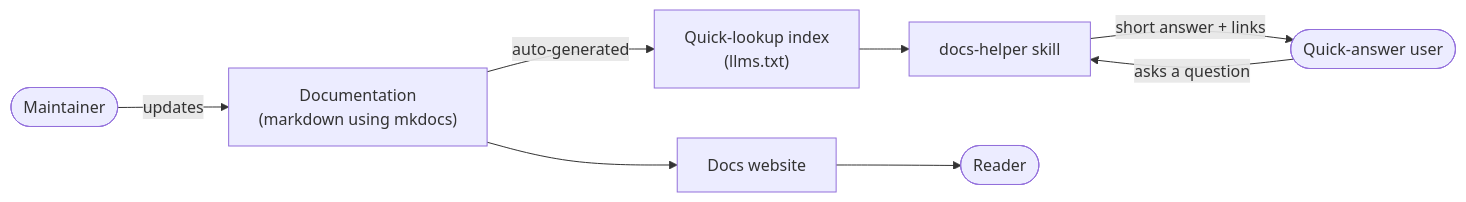
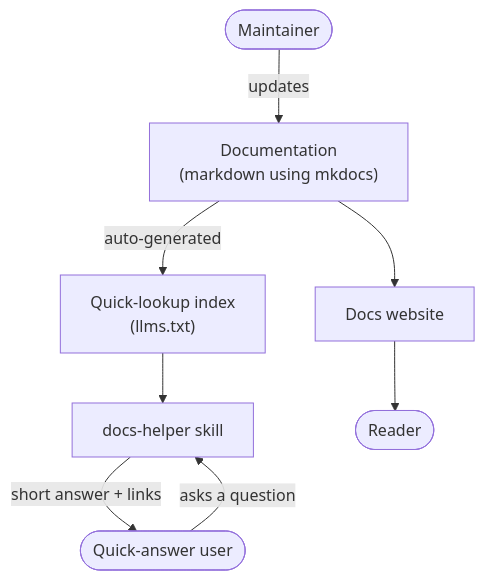
The diagram in docs-helper/README.md (manickpillai/ai-in-practice), drawn with Mermaid before and after one commit. The commit also changed other lines of this file and 4 other files, not shown here.

````diff
--- a/docs-helper/README.md
+++ b/docs-helper/README.md
@@ -36,17 +56,17 @@
 ```mermaid
-flowchart LR
+flowchart TD
     DOCS["Documentation<br/>(markdown using mkdocs)"]
     SITE["Docs website"]
     INDEX["Quick-lookup index<br/>(llms.txt)"]
     SKILL["docs-helper skill"]
     READER(["Reader"])
     ASKER(["Quick-answer user"])
     MAINT(["Maintainer"])
 
     MAINT -->|updates| DOCS
     DOCS --> SITE --> READER
     DOCS -->|auto-generated| INDEX
     ASKER -->|asks a question| SKILL
     INDEX --> SKILL
     SKILL -->|short answer + links| ASKER
 ```
````
